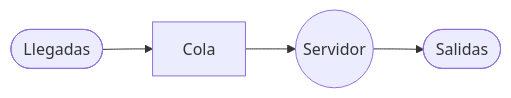
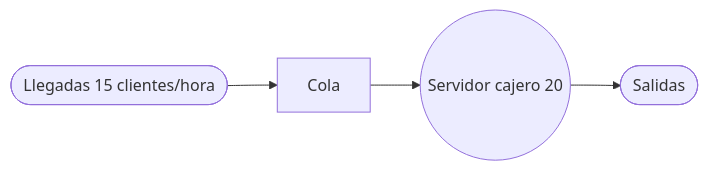
Before and after one commit to Ruelas2022ETNumsa/University_vault_2026: the diagram in Untitled 2.md, drawn with Mermaid.

Commit message:
vault backup: 2026-06-18 12:16:52

````diff
--- a/Untitled 2.md
+++ b/Untitled 2.md
@@ -10,4 +10,4 @@
 ```mermaid
 flowchart LR
-L([Llegadas]) --> Q[Cola] --> S((Servidor)) --> O([Salidas])
+L([Llegadas 15 clientes/hora]) --> Q[Cola] --> S((Servidor cajero 20 )) --> O([Salidas])
 ```
````
